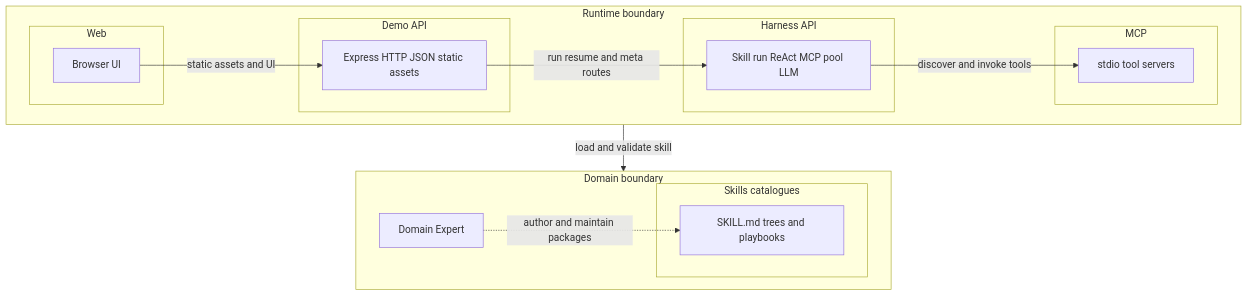
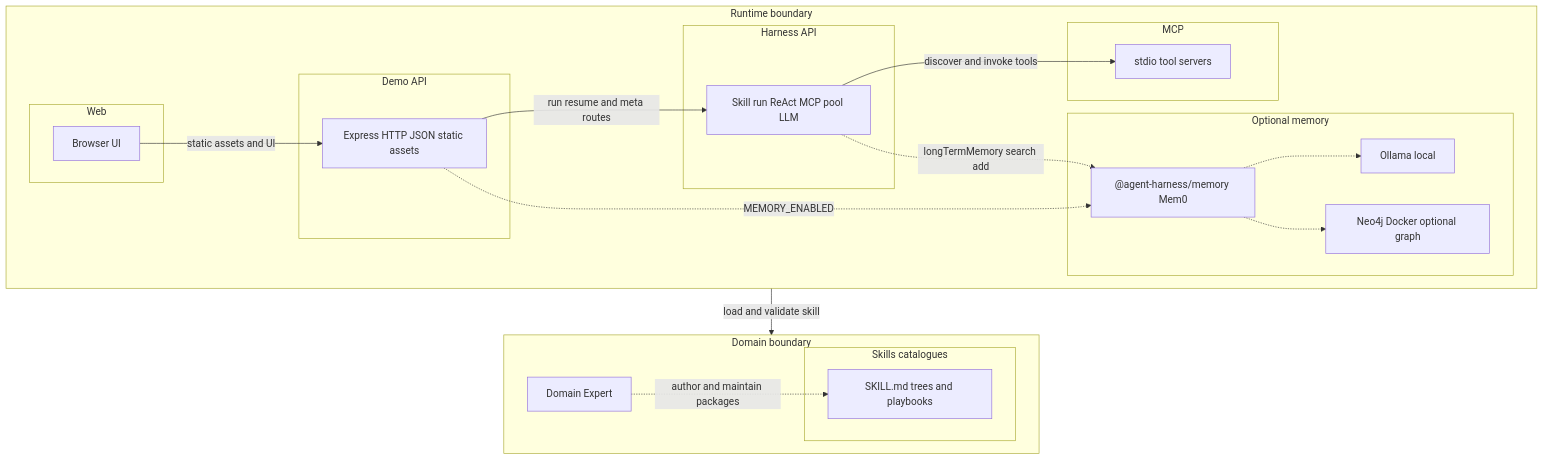
Before and after one commit to c2pig/ai-harness: the diagram in README.md, drawn with Mermaid. The commit also changed other lines of this file and 26 other files, not shown here.

Commit message:
chore: support memory layer using mem0

````diff
--- a/README.md
+++ b/README.md
@@ -26,32 +27,41 @@
 ```mermaid
 flowchart TB
   subgraph runtime [Runtime boundary]
     direction LR
     subgraph web [Web]
       WebClient[Browser UI]
     end
     subgraph demoApi [Demo API]
       DemoLayer[Express HTTP JSON static assets]
     end
     subgraph harnessApi [Harness API]
       HarnessLayer[Skill run ReAct MCP pool LLM]
     end
+    subgraph memOpt [Optional memory]
+      MemPkg["@agent-harness/memory Mem0"]
+      Ollama[Ollama local]
+      Neo4j[Neo4j Docker optional graph]
+    end
     subgraph mcp [MCP]
       McpServers[stdio tool servers]
     end
     WebClient -->|"static assets and UI"| DemoLayer
     DemoLayer -->|"run resume and meta routes"| HarnessLayer
+    DemoLayer -.->|"MEMORY_ENABLED"| MemPkg
+    MemPkg -.-> Ollama
+    MemPkg -.-> Neo4j
+    HarnessLayer -.->|"longTermMemory search add"| MemPkg
     HarnessLayer -->|"discover and invoke tools"| McpServers
   end
 
   subgraph domainBoundary [Domain boundary]
     direction LR
     subgraph skillsCatalogues [Skills catalogues]
       Catalogue[SKILL.md trees and playbooks]
     end
     DomainExpert[Domain Expert]
     DomainExpert -.->|"author and maintain packages"| Catalogue
   end
 
   HarnessLayer -->|"load and validate skill"| Catalogue
 ```
````
